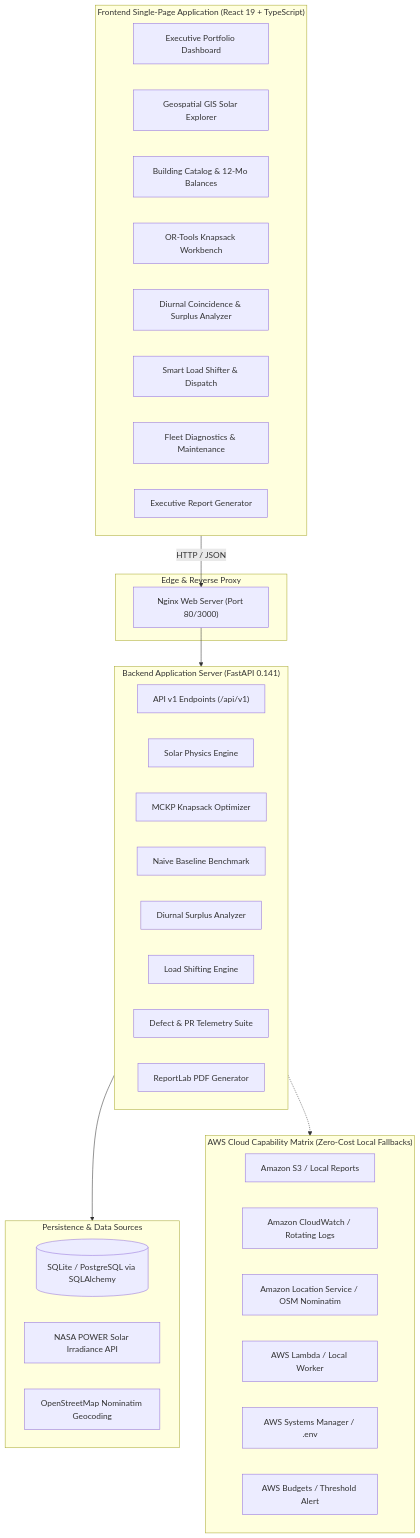
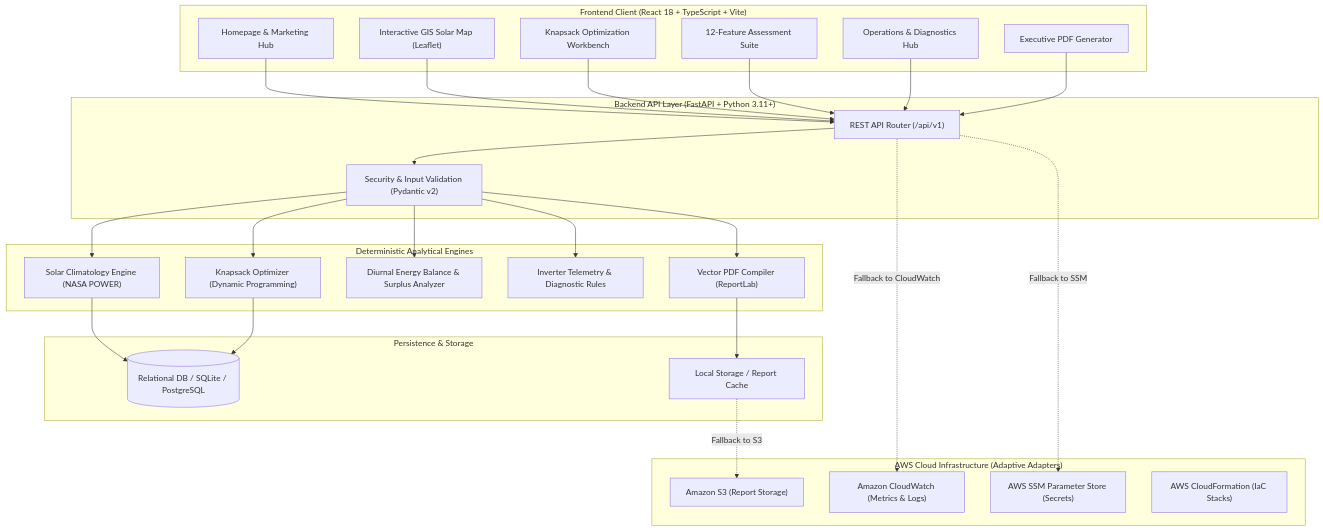
One commit to 17rajsal/roofshift-ai changed the diagram in README.md. Above: the diagram before and after it, drawn with Mermaid. The commit also changed other lines of this file and 17 other files, not shown here.

````diff
--- a/README.md
+++ b/README.md
@@ -121,48 +118,58 @@
 ```mermaid
 graph TD
-    subgraph Frontend ["Frontend Single-Page Application (React 19 + TypeScript)"]
-        UI_Dash["Executive Portfolio Dashboard"]
-        UI_Map["Geospatial GIS Solar Explorer"]
-        UI_Cat["Building Catalog & 12-Mo Balances"]
-        UI_Opt["OR-Tools Knapsack Workbench"]
-        UI_Ins["Diurnal Coincidence & Surplus Analyzer"]
-        UI_Sched["Smart Load Shifter & Dispatch"]
-        UI_Care["Fleet Diagnostics & Maintenance"]
-        UI_Rep["Executive Report Generator"]
+    subgraph Client ["Frontend Client (React 18 + TypeScript + Vite)"]
+        UI_Home["Homepage & Marketing Hub"]
+        UI_GIS["Interactive GIS Solar Map (Leaflet)"]
+        UI_Opt["Knapsack Optimization Workbench"]
+        UI_Features["12-Feature Assessment Suite"]
+        UI_Ops["Operations & Diagnostics Hub"]
+        UI_Reports["Executive PDF Generator"]
     end
 
-    subgraph ReverseProxy ["Edge & Reverse Proxy"]
-        NGINX["Nginx Web Server (Port 80/3000)"]
+    subgraph Backend ["Backend API Layer (FastAPI + Python 3.11+)"]
+        API_Router["REST API Router (/api/v1)"]
+        AUTH_MW["Security & Input Validation (Pydantic v2)"]
     end
 
-    subgraph BackendAPI ["Backend Application Server (FastAPI 0.141)"]
-        API_Route["API v1 Endpoints (/api/v1)"]
-        SRV_Solar["Solar Physics Engine"]
-        SRV_Opt["MCKP Knapsack Optimizer"]
-        SRV_Bench["Naive Baseline Benchmark"]
-        SRV_Surplus["Diurnal Surplus Analyzer"]
-        SRV_Dispatch["Load Shifting Engine"]
-        SRV_Diagnostic["Defect & PR Telemetry Suite"]
-        SRV_PDF["ReportLab PDF Generator"]
+    subgraph CoreEngines ["Deterministic Analytical Engines"]
+        ENG_Solar["Solar Climatology Engine (NASA POWER)"]
+        ENG_MCKP["Knapsack Optimizer (Dynamic Programming)"]
+        ENG_Energy["Diurnal Energy Balance & Surplus Analyzer"]
+        ENG_Diag["Inverter Telemetry & Diagnostic Rules"]
+        ENG_PDF["Vector PDF Compiler (ReportLab)"]
     end
 
-    subgraph Persistence ["Persistence & Data Sources"]
-        DB[(SQLite / PostgreSQL via SQLAlchemy)]
-        NASA["NASA POWER Solar Irradiance API"]
-        OSM["OpenStreetMap Nominatim Geocoding"]
+    subgraph Persistence ["Persistence & Storage"]
+        DB[(Relational DB / SQLite / PostgreSQL)]
+        FileStore[Local Storage / Report Cache]
     end
 
-    subgraph AWSAdapters ["AWS Cloud Capability Matrix (Zero-Cost Local Fallbacks)"]
-        A_S3["Amazon S3 / Local Reports"]
-        A_CW["Amazon CloudWatch / Rotating Logs"]
-        A_LOC["Amazon Location Service / OSM Nominatim"]
-        A_LAMBDA["AWS Lambda / Local Worker"]
-        A_SSM["AWS Systems Manager / .env"]
-        A_BUDGET["AWS Budgets / Threshold Alert"]
+    subgraph AWSCloud ["AWS Cloud Infrastructure (Adaptive Adapters)"]
+        AWS_S3["Amazon S3 (Report Storage)"]
+        AWS_CW["Amazon CloudWatch (Metrics & Logs)"]
+        AWS_SSM["AWS SSM Parameter Store (Secrets)"]
+        AWS_CFN["AWS CloudFormation (IaC Stacks)"]
     end
 
-    Frontend -->|HTTP / JSON| NGINX
-    NGINX --> BackendAPI
-    BackendAPI --> Persistence
-    BackendAPI -.-> AWSAdapters
+    UI_Home --> API_Router
+    UI_GIS --> API_Router
+    UI_Opt --> API_Router
+    UI_Features --> API_Router
+    UI_Ops --> API_Router
+    UI_Reports --> API_Router
+
+    API_Router --> AUTH_MW
+    AUTH_MW --> ENG_Solar
+    AUTH_MW --> ENG_MCKP
+    AUTH_MW --> ENG_Energy
+    AUTH_MW --> ENG_Diag
+    AUTH_MW --> ENG_PDF
+
+    ENG_Solar --> DB
+    ENG_MCKP --> DB
+    ENG_PDF --> FileStore
+
+    FileStore -.->|Fallback to S3| AWS_S3
+    API_Router -.->|Fallback to CloudWatch| AWS_CW
+    API_Router -.->|Fallback to SSM| AWS_SSM
 ```
````
